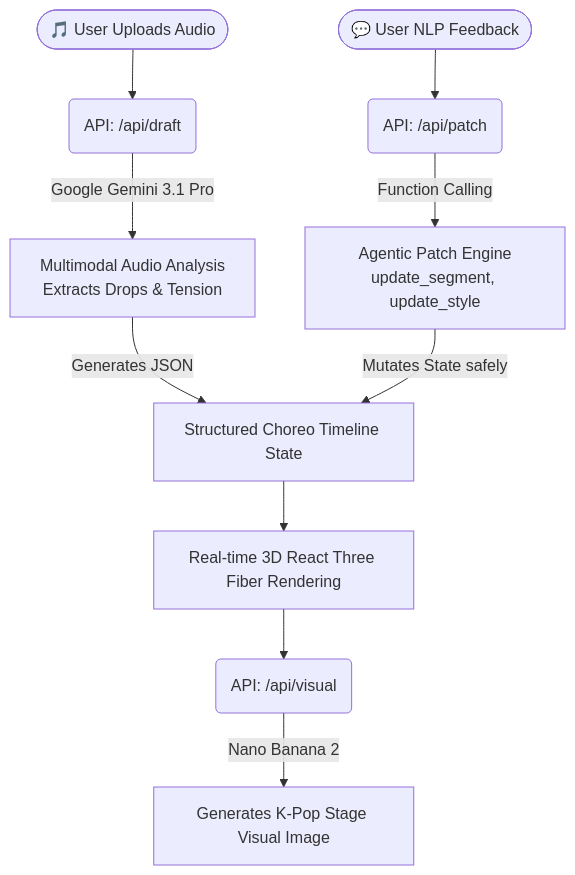
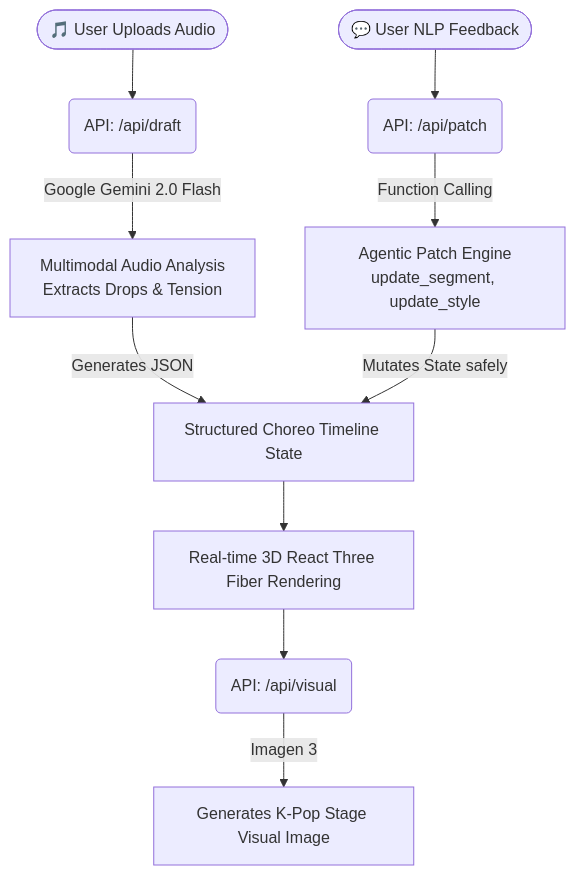
Before and after one commit to sun9huni/syncstage-ai: the diagram in README.md, drawn with Mermaid. The commit also changed other lines of this file and 7 other files, not shown here.

````diff
--- a/README.md
+++ b/README.md
@@ -12,13 +12,13 @@
 ```mermaid
 graph TD
     User([🎵 User Uploads Audio]) --> DraftAPI(API: /api/draft)
-    DraftAPI -->|Google Gemini 3.1 Pro| Analysis[Multimodal Audio Analysis\nExtracts Drops & Tension]
+    DraftAPI -->|Google Gemini 2.0 Flash| Analysis[Multimodal Audio Analysis\nExtracts Drops & Tension]
     Analysis -->|Generates JSON| Timeline[Structured Choreo Timeline State]
     Timeline --> UI[Real-time 3D React Three Fiber Rendering]
     UI --> VisualAPI(API: /api/visual)
-    VisualAPI -->|Nano Banana 2| StageImage[Generates K-Pop Stage Visual Image]
+    VisualAPI -->|Imagen 3| StageImage[Generates K-Pop Stage Visual Image]
     
     UserFeedback([💬 User NLP Feedback]) --> PatchAPI(API: /api/patch)
     PatchAPI -->|Function Calling| PatchEngine[Agentic Patch Engine\nupdate_segment, update_style]
     PatchEngine -->|Mutates State safely| Timeline
 ```
````
